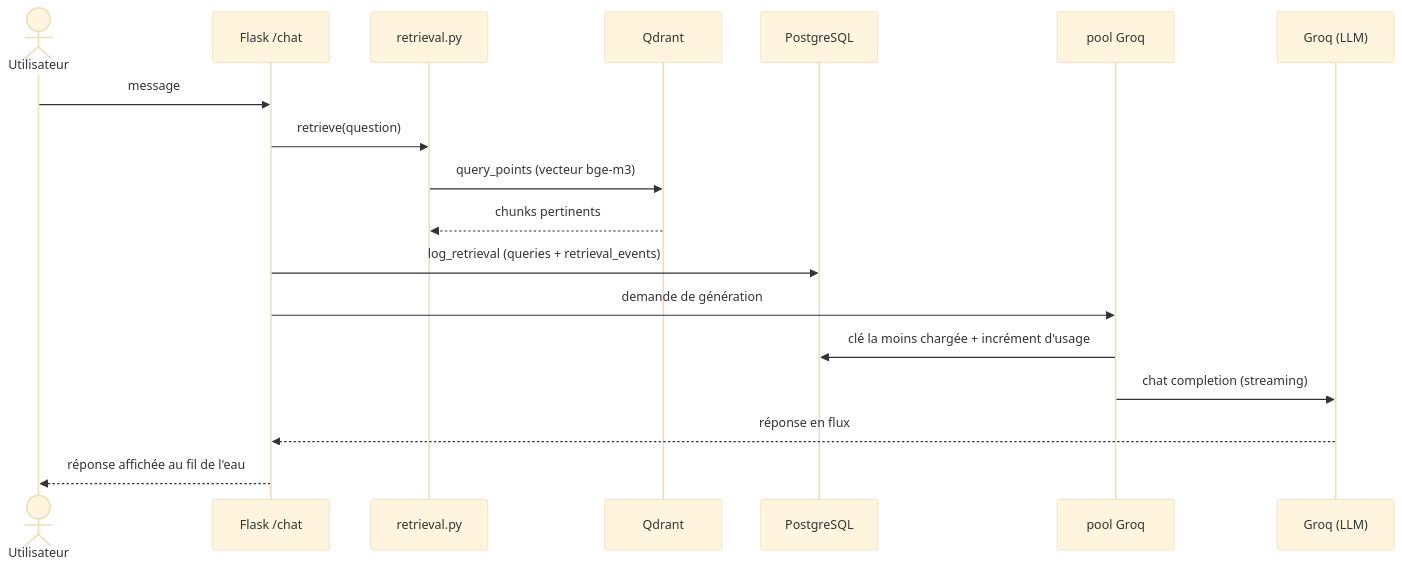
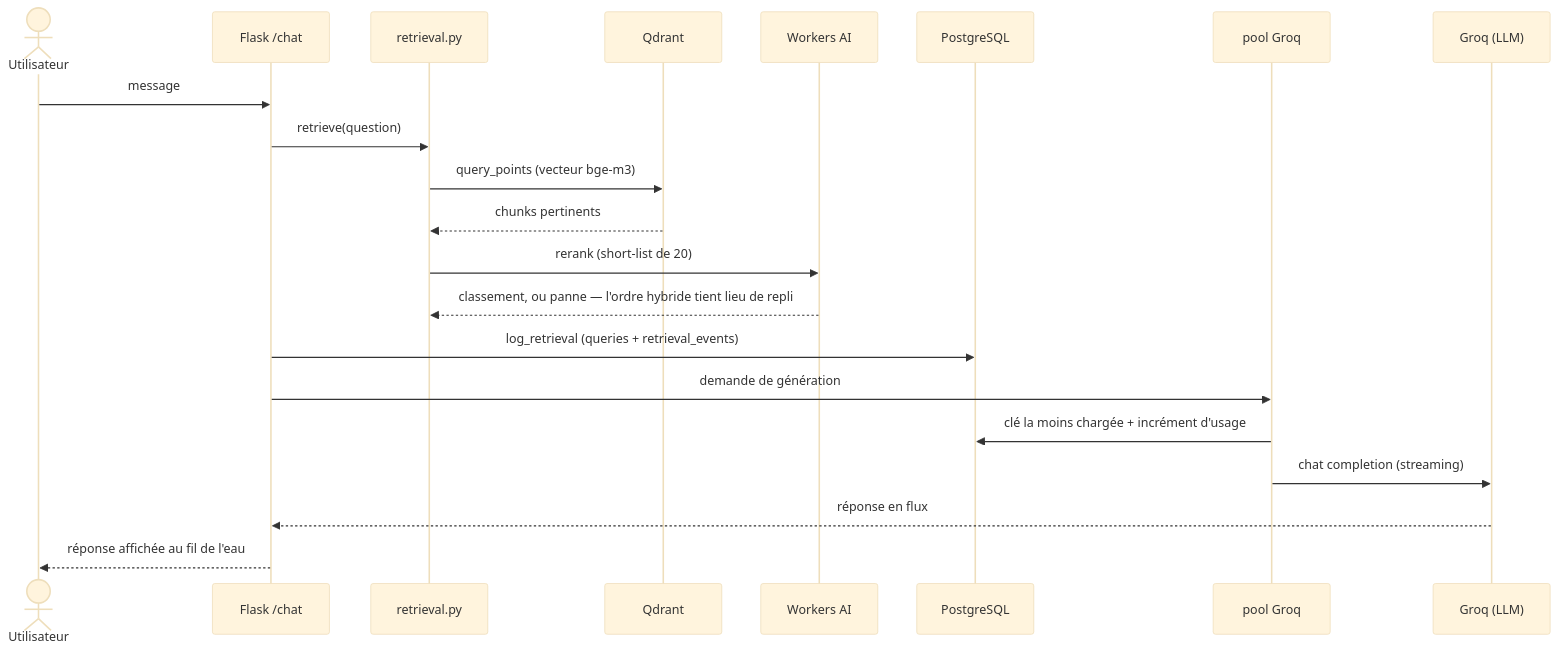
Before and after one commit to KioshiEagle/tngpt: the second of 4 diagrams in docs/architecture.md, drawn with Mermaid (base theme). The commit also changed other lines of this file and 1 other file, not shown here.

First line of the commit message:
Document the reranker in the architecture and report pages

````diff
--- a/docs/architecture.md
+++ b/docs/architecture.md
@@ -89,21 +91,24 @@
 ```mermaid
 sequenceDiagram
     actor U as Utilisateur
     participant F as Flask /chat
     participant R as retrieval.py
     participant Q as Qdrant
+    participant W as Workers AI
     participant P as PostgreSQL
     participant G as pool Groq
     participant L as Groq (LLM)
 
     U->>F: message
     F->>R: retrieve(question)
     R->>Q: query_points (vecteur bge-m3)
     Q-->>R: chunks pertinents
+    R->>W: rerank (short-list de 20)
+    W-->>R: classement, ou panne — l'ordre hybride tient lieu de repli
     F->>P: log_retrieval (queries + retrieval_events)
     F->>G: demande de génération
     G->>P: clé la moins chargée + incrément d'usage
     G->>L: chat completion (streaming)
     L-->>F: réponse en flux
     F-->>U: réponse affichée au fil de l'eau
 ```
````
